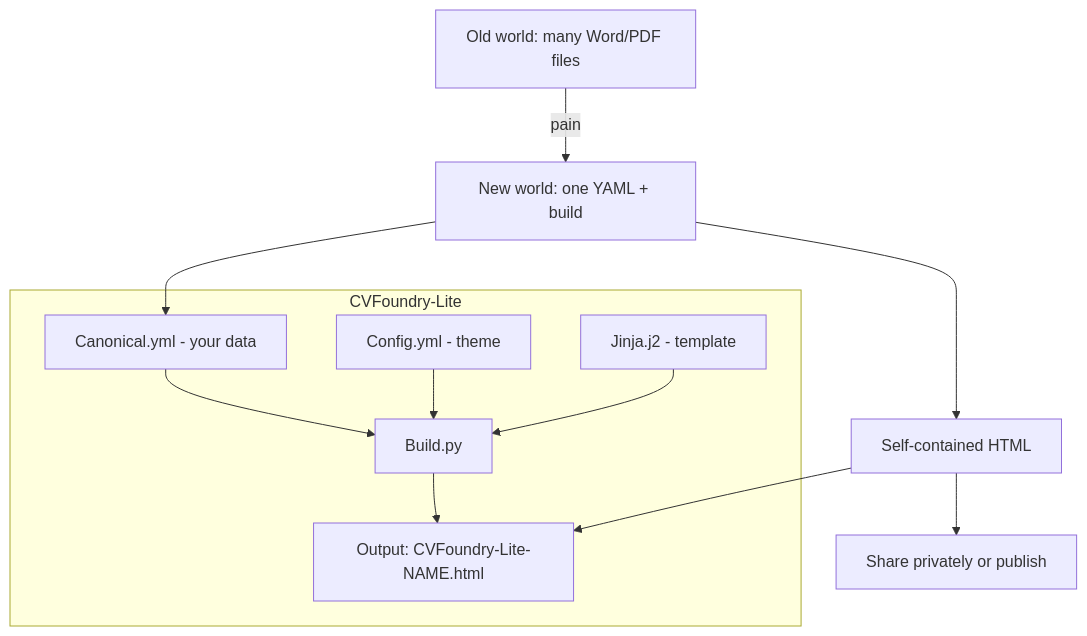
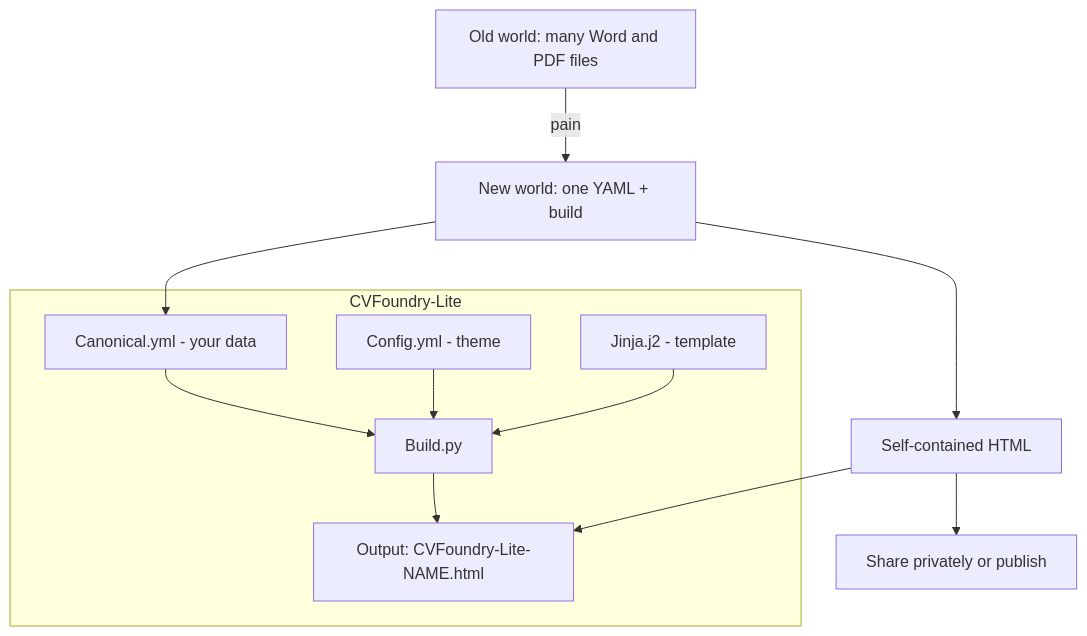
One commit to michaelljackson101/CVFoundry-Lite changed the first of 2 diagrams in docs/how-to.md. Above: the diagram before and after it, drawn with Mermaid. The commit also changed other lines of this file and 8 other files, not shown here.

````diff
--- a/docs/how-to.md
+++ b/docs/how-to.md
@@ -14,16 +14,16 @@
 ```mermaid
 flowchart TD
-  A[Old world: many Word/PDF files] -->|pain| B
+  A[Old world: many Word and PDF files] -->|pain| B
   B[New world: one YAML + build] --> C[Self-contained HTML]
   C --> D[Share privately or publish]
 
   subgraph CVFoundry-Lite
     E[Canonical.yml - your data] --> G[Build.py]
     F[Config.yml - theme] --> G
     H[Jinja.j2 - template] --> G
     G --> I[Output: CVFoundry-Lite-NAME.html]
   end
 
   B --> E
   C --> I
 ```
````
